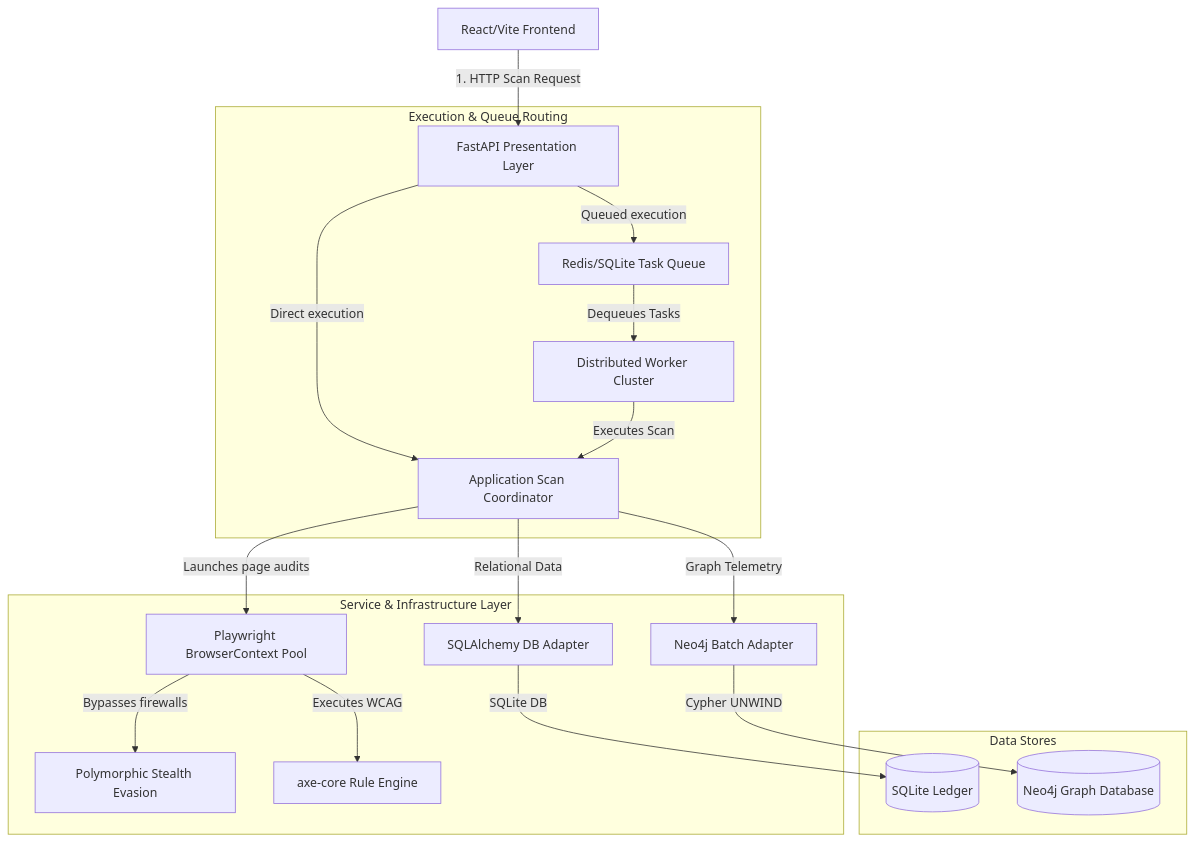
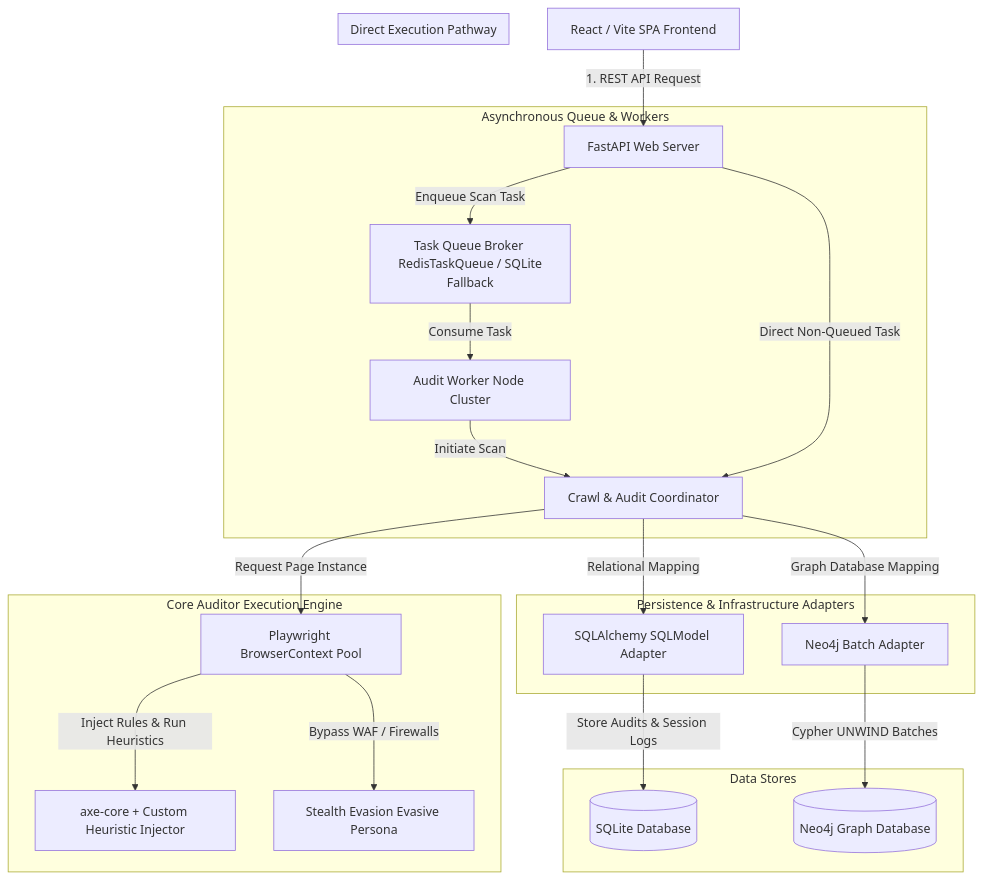
Before and after one commit to Srijato-05/Web_Accessibility_Auditor: the first of 5 diagrams in README.md, drawn with Mermaid. The commit also changed other lines of this file, not shown here.

Commit message:
docs: comprehensively update README with detailed system architecture, flow diagrams, and specs

````diff
--- a/README.md
+++ b/README.md
@@ -36,25 +59,30 @@
 ```mermaid
 graph TD
-    Client[React/Vite Frontend] -->|1. HTTP Scan Request| API[FastAPI Presentation Layer]
+    Client[React / Vite SPA Frontend] -->|1. REST API Request| API[FastAPI Web Server]
     
-    subgraph Execution & Queue Routing
-        API -->|Direct execution| AppService[Application Scan Coordinator]
-        API -->|Queued execution| TaskQueue[Redis/SQLite Task Queue]
-        TaskQueue -->|Dequeues Tasks| Workers[Distributed Worker Cluster]
-        Workers -->|Executes Scan| AppService
+    subgraph Asynchronous Queue & Workers
+        API -->|Enqueue Scan Task| TaskQueue[Task Queue Broker <br> RedisTaskQueue / SQLite Fallback]
+        TaskQueue -->|Consume Task| Workers[Audit Worker Node Cluster]
+        Workers -->|Initiate Scan| AppService[Crawl & Audit Coordinator]
     end
 
-    subgraph Service & Infrastructure Layer
-        AppService -->|Launches page audits| BrowserPool[Playwright BrowserContext Pool]
-        BrowserPool -->|Bypasses firewalls| Stealth[Polymorphic Stealth Evasion]
-        BrowserPool -->|Executes WCAG| AxeInject[axe-core Rule Engine]
-        
-        AppService -->|Relational Data| SQLiteAdapter[SQLAlchemy DB Adapter]
-        AppService -->|Graph Telemetry| Neo4jAdapter[Neo4j Batch Adapter]
+    subgraph Direct Execution Pathway
+        API -->|Direct Non-Queued Task| AppService
+    end
+
+    subgraph Core Auditor Execution Engine
+        AppService -->|Request Page Instance| BrowserPool[Playwright BrowserContext Pool]
+        BrowserPool -->|Inject Rules & Run Heuristics| AxeInject[axe-core + Custom Heuristic Injector]
+        BrowserPool -->|Bypass WAF / Firewalls| Stealth[Stealth Evasion Evasive Persona]
+    end
+    
+    subgraph Persistence & Infrastructure Adapters
+        AppService -->|Relational Mapping| SQLiteAdapter[SQLAlchemy SQLModel Adapter]
+        AppService -->|Graph Database Mapping| Neo4jAdapter[Neo4j Batch Adapter]
     end
     
     subgraph Data Stores
-        SQLiteAdapter -->|SQLite DB| SQLite[(SQLite Ledger)]
-        Neo4jAdapter -->|Cypher UNWIND| Neo4j[(Neo4j Graph Database)]
+        SQLiteAdapter -->|Store Audits & Session Logs| SQLite[(SQLite Database)]
+        Neo4jAdapter -->|Cypher UNWIND Batches| Neo4j[(Neo4j Graph Database)]
     end
 ```
````
